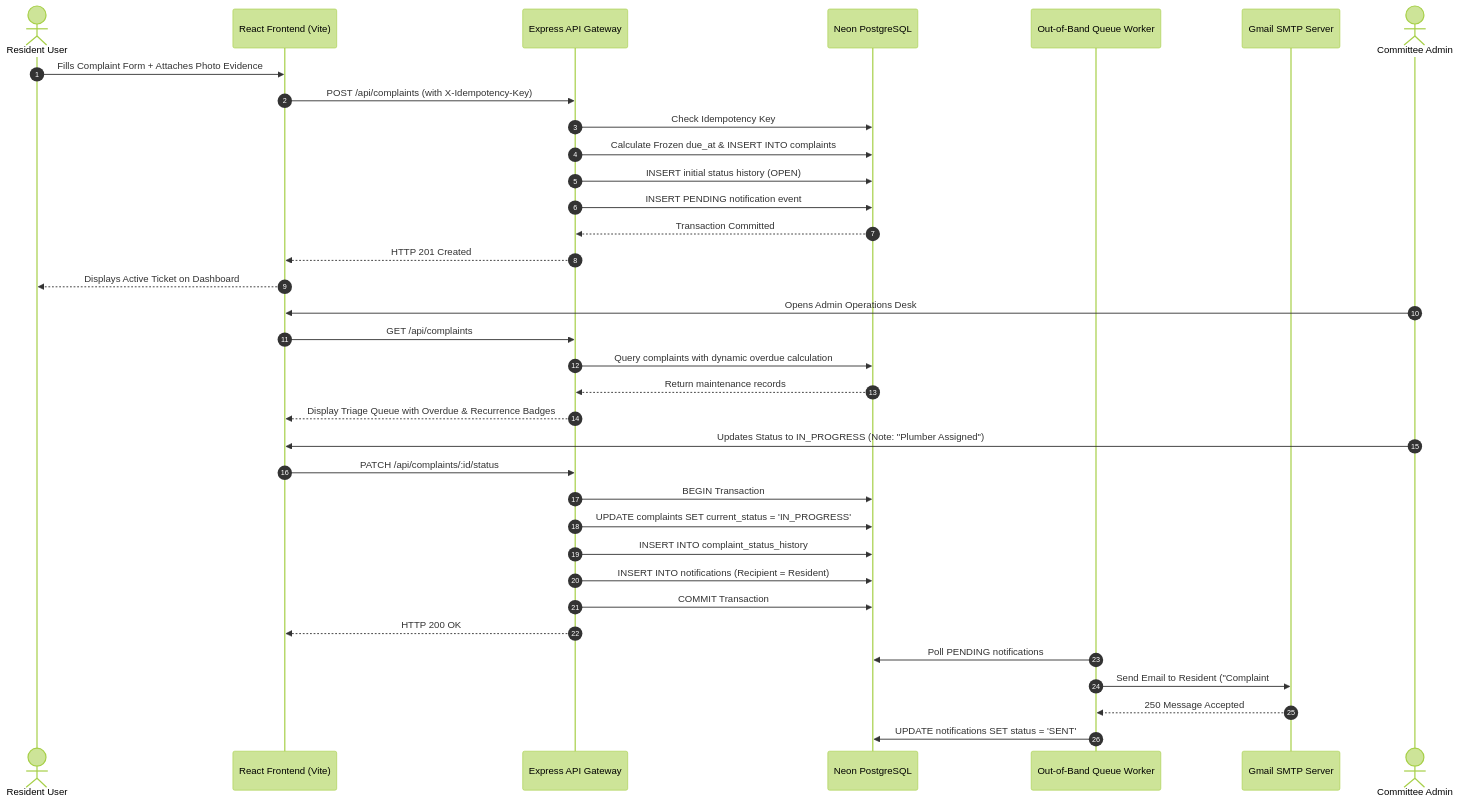
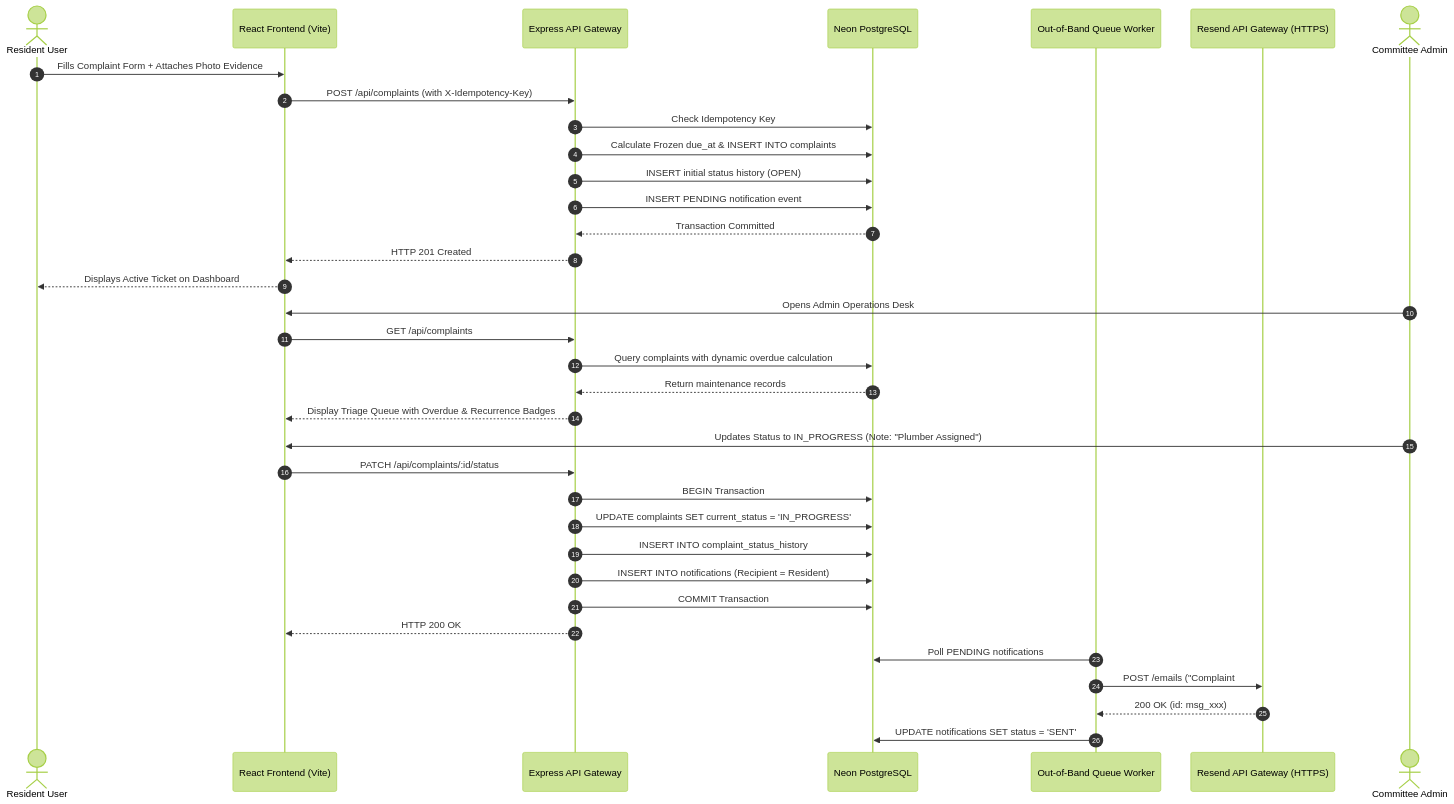
Before and after one commit to ishashwatt/ORQEN-Society-Maintenance-Tracker: the fourth of 4 diagrams in docs/SYSTEM_DESIGN.md, drawn with Mermaid (forest theme). The commit also changed other lines of this file and 3 other files, not shown here.

Commit message:
Standardize email engine to pure Resend REST API and remove SMTP dependencies

````diff
--- a/docs/SYSTEM_DESIGN.md
+++ b/docs/SYSTEM_DESIGN.md
@@ -206,41 +206,41 @@
 ```mermaid
 sequenceDiagram
     autonumber
     actor Resident as Resident User
     participant FE as React Frontend (Vite)
     participant API as Express API Gateway
     participant DB as Neon PostgreSQL
     participant Worker as Out-of-Band Queue Worker
-    participant SMTP as Gmail SMTP Server
+    participant Resend as Resend API Gateway (HTTPS)
     actor Admin as Committee Admin
 
     Resident->>FE: Fills Complaint Form + Attaches Photo Evidence
     FE->>API: POST /api/complaints (with X-Idempotency-Key)
     API->>DB: Check Idempotency Key
     API->>DB: Calculate Frozen due_at & INSERT INTO complaints
     API->>DB: INSERT initial status history (OPEN)
     API->>DB: INSERT PENDING notification event
     DB-->>API: Transaction Committed
     API-->>FE: HTTP 201 Created
     FE-->>Resident: Displays Active Ticket on Dashboard
 
     Admin->>FE: Opens Admin Operations Desk
     FE->>API: GET /api/complaints
     API->>DB: Query complaints with dynamic overdue calculation
     DB-->>API: Return maintenance records
     API-->>FE: Display Triage Queue with Overdue & Recurrence Badges
 
     Admin->>FE: Updates Status to IN_PROGRESS (Note: "Plumber Assigned")
     FE->>API: PATCH /api/complaints/:id/status
     API->>DB: BEGIN Transaction
     API->>DB: UPDATE complaints SET current_status = 'IN_PROGRESS'
     API->>DB: INSERT INTO complaint_status_history
     API->>DB: INSERT INTO notifications (Recipient = Resident)
     API->>DB: COMMIT Transaction
     API-->>FE: HTTP 200 OK
 
     Worker->>DB: Poll PENDING notifications
-    Worker->>SMTP: Send Email to Resident ("Complaint #ID in Progress")
-    SMTP-->>Worker: 250 Message Accepted
+    Worker->>Resend: POST /emails ("Complaint #ID in Progress")
+    Resend-->>Worker: 200 OK (id: msg_xxx)
     Worker->>DB: UPDATE notifications SET status = 'SENT'
 ```
````
